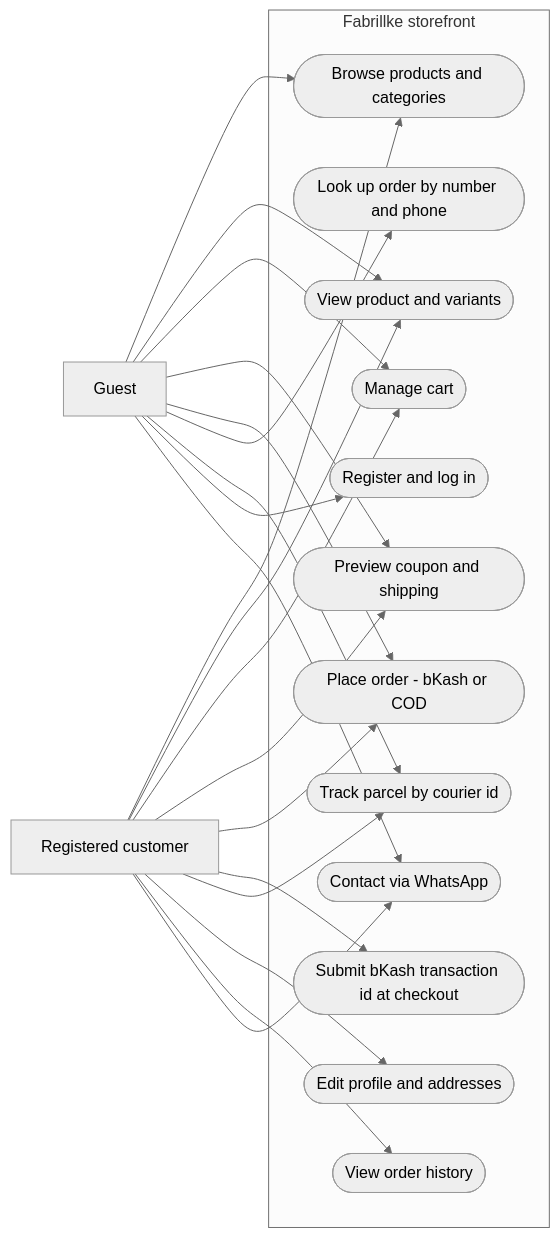
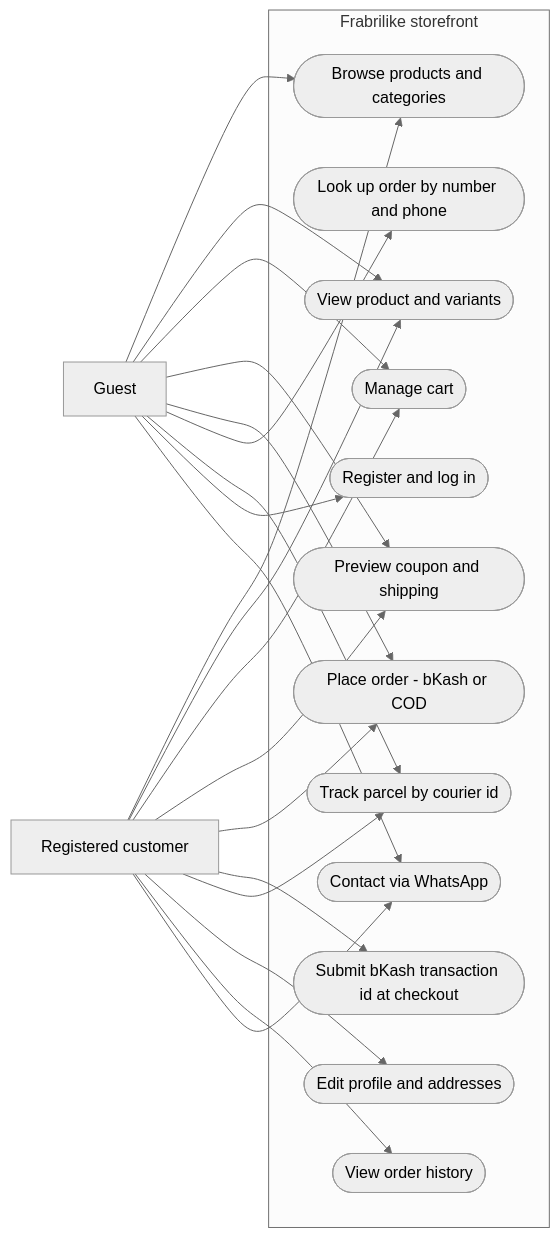
The second of 4 diagrams in diagram/08-use-cases.md (chinmoy567/E-comarce-cloathing-web-site-for-shankar-Narayanganj), drawn with Mermaid (neutral theme) before and after one commit. The commit also changed 46 other files, not shown here.

First line of the commit message:
refactor: update brand name from Fabrillke to Frabrilike across the codebase

````diff
--- a/diagram/08-use-cases.md
+++ b/diagram/08-use-cases.md
@@ -24,23 +24,23 @@
 ```mermaid
 flowchart LR
     G["Guest"]
     R["Registered customer"]
 
-    subgraph Shop["Fabrillke storefront"]
+    subgraph Shop["Frabrilike storefront"]
         U1(["Browse products and categories"])
         U2(["View product and variants"])
         U3(["Manage cart"])
         U4(["Preview coupon and shipping"])
         U5(["Place order - bKash or COD"])
         U6(["Submit bKash transaction id at checkout"])
         U7(["Look up order by number and phone"])
         U8(["Track parcel by courier id"])
         U9(["Register and log in"])
         U10(["Edit profile and addresses"])
         U11(["View order history"])
         U12(["Contact via WhatsApp"])
     end
 
     G --> U1 & U2 & U3 & U4 & U5 & U7 & U8 & U9 & U12
     R --> U1 & U2 & U3 & U4 & U5 & U6 & U8 & U10 & U11 & U12
 ```
````
